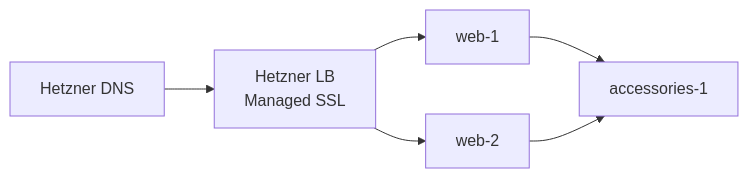
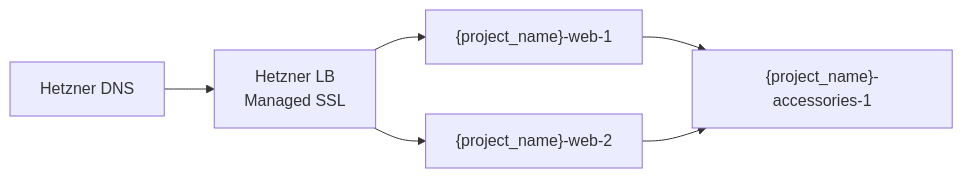
Before and after one commit to flipbitsnotburgers/hetzner-kamal-stack: the third of 3 diagrams in README.md, drawn with Mermaid. The commit also changed other lines of this file and 4 other files, not shown here.

Commit message:
Use templated Hetzner project name.

````diff
--- a/README.md
+++ b/README.md
@@ -54,8 +54,8 @@
 ```mermaid
 graph LR
     DNS[Hetzner DNS] --> LB[Hetzner LB<br/>Managed SSL]
-    LB --> Web1[web-1]
-    LB --> Web2[web-2]
-    Web1 --> Acc[accessories-1]
+    LB --> Web1["{project_name}-web-1"]
+    LB --> Web2["{project_name}-web-2"]
+    Web1 --> Acc["{project_name}-accessories-1"]
     Web2 --> Acc
 ```
````
